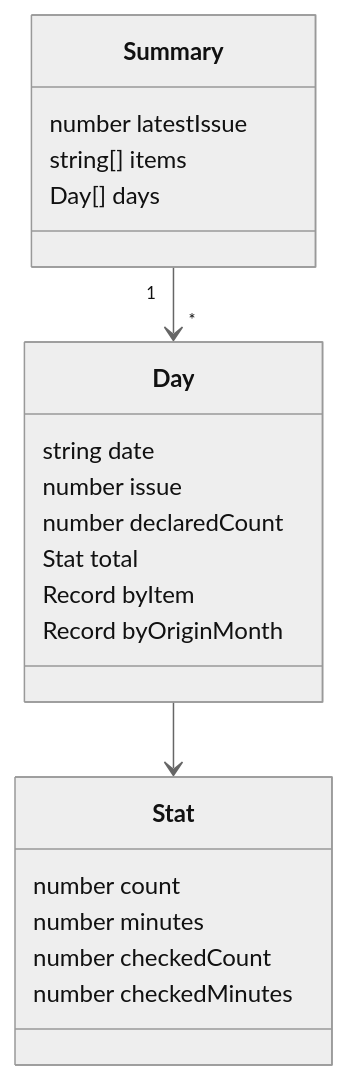
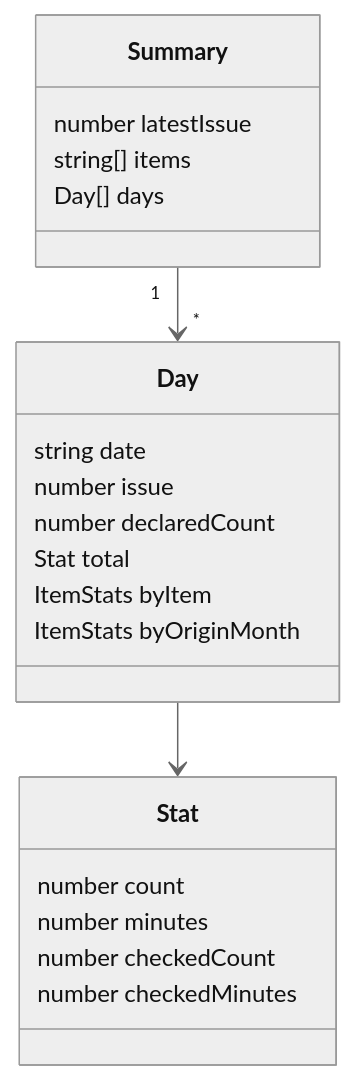
The second of 2 diagrams in docs/design/frontend/02-data.md (KenichiroArai/kb002_daily-tasks_doc), drawn with Mermaid (neutral theme) before and after one commit. The commit also changed other lines of this file and 4 other files, not shown here.

````diff
--- a/docs/design/frontend/02-data.md
+++ b/docs/design/frontend/02-data.md
@@ -45,24 +45,24 @@
 ```mermaid
 classDiagram
   class Summary {
     number latestIssue
     string[] items
     Day[] days
   }
   class Day {
     string date
     number issue
     number declaredCount
     Stat total
-    Record byItem
-    Record byOriginMonth
+    ItemStats byItem
+    ItemStats byOriginMonth
   }
   class Stat {
     number count
     number minutes
     number checkedCount
     number checkedMinutes
   }
   Summary "1" --> "*" Day
   Day --> Stat
 ```
````
